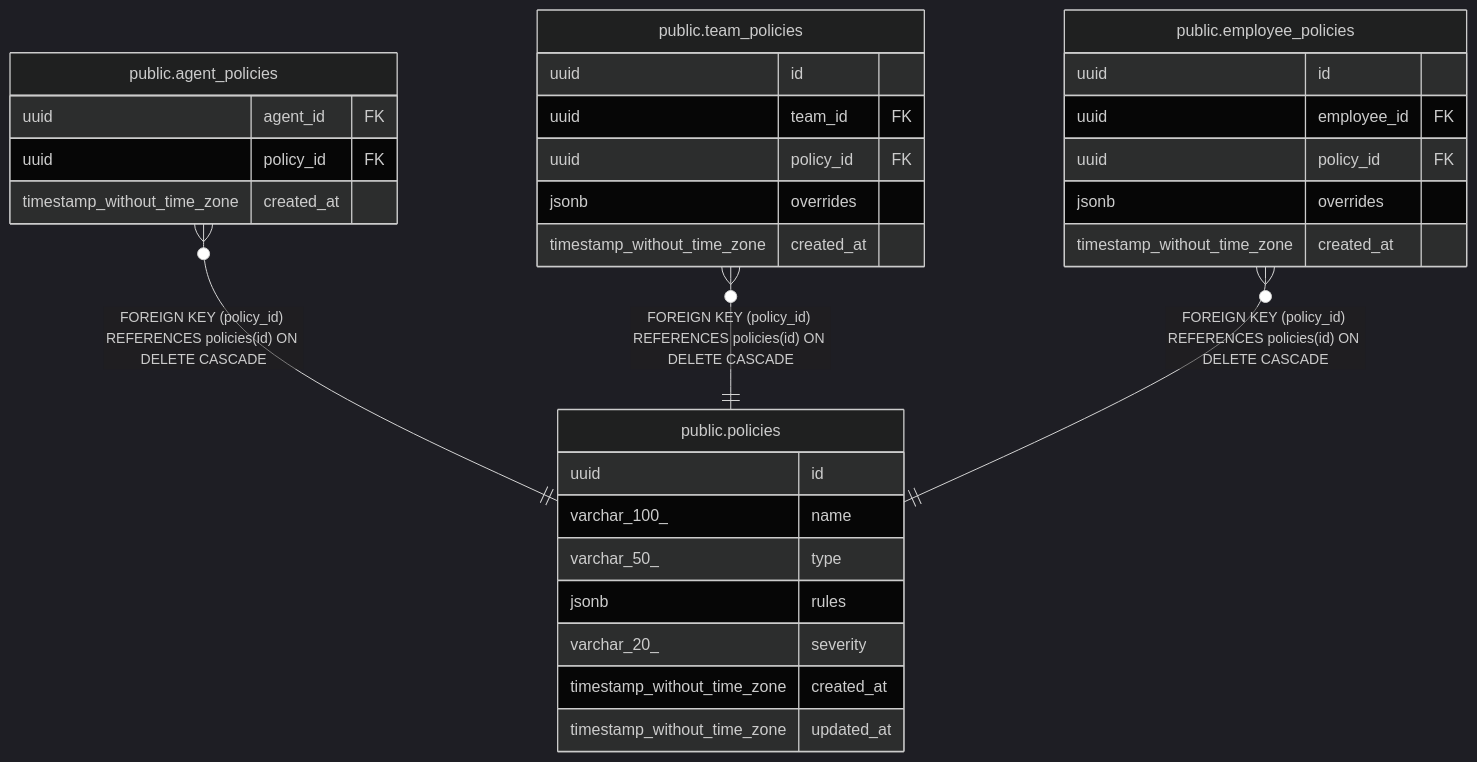
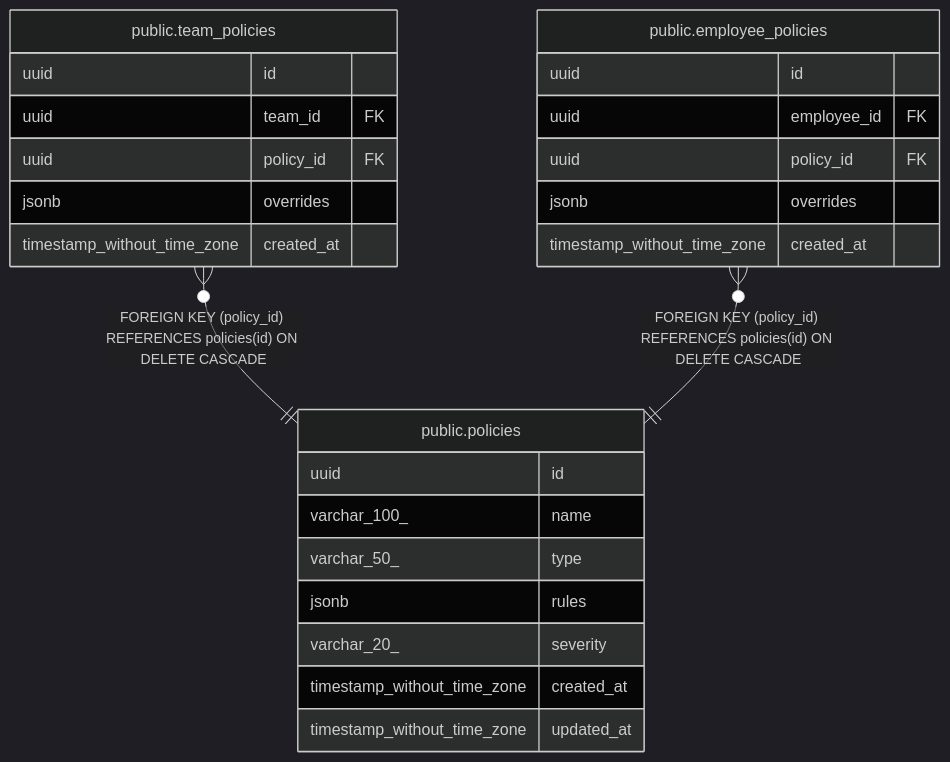
One commit to rastrigin-systems/arfa changed the diagram in docs/public.policies.md. Above: the diagram before and after it, drawn with Mermaid (dark theme). The commit also changed other lines of this file and 154 other files, not shown here.

First line of the commit message:
refactor: Pivot CLI from agent-sync to proxy-first architecture (#391)

````diff
--- a/docs/public.policies.md
+++ b/docs/public.policies.md
@@ -39,36 +39,30 @@
 ```mermaid
 erDiagram
 
-"public.agent_policies" }o--|| "public.policies" : "FOREIGN KEY (policy_id) REFERENCES policies(id) ON DELETE CASCADE"
 "public.team_policies" }o--|| "public.policies" : "FOREIGN KEY (policy_id) REFERENCES policies(id) ON DELETE CASCADE"
 "public.employee_policies" }o--|| "public.policies" : "FOREIGN KEY (policy_id) REFERENCES policies(id) ON DELETE CASCADE"
 
 "public.policies" {
   uuid id
   varchar_100_ name
   varchar_50_ type
   jsonb rules
   varchar_20_ severity
   timestamp_without_time_zone created_at
   timestamp_without_time_zone updated_at
-}
-"public.agent_policies" {
-  uuid agent_id FK
-  uuid policy_id FK
-  timestamp_without_time_zone created_at
 }
 "public.team_policies" {
   uuid id
   uuid team_id FK
   uuid policy_id FK
   jsonb overrides
   timestamp_without_time_zone created_at
 }
 "public.employee_policies" {
   uuid id
   uuid employee_id FK
   uuid policy_id FK
   jsonb overrides
   timestamp_without_time_zone created_at
 }
 ```
````
